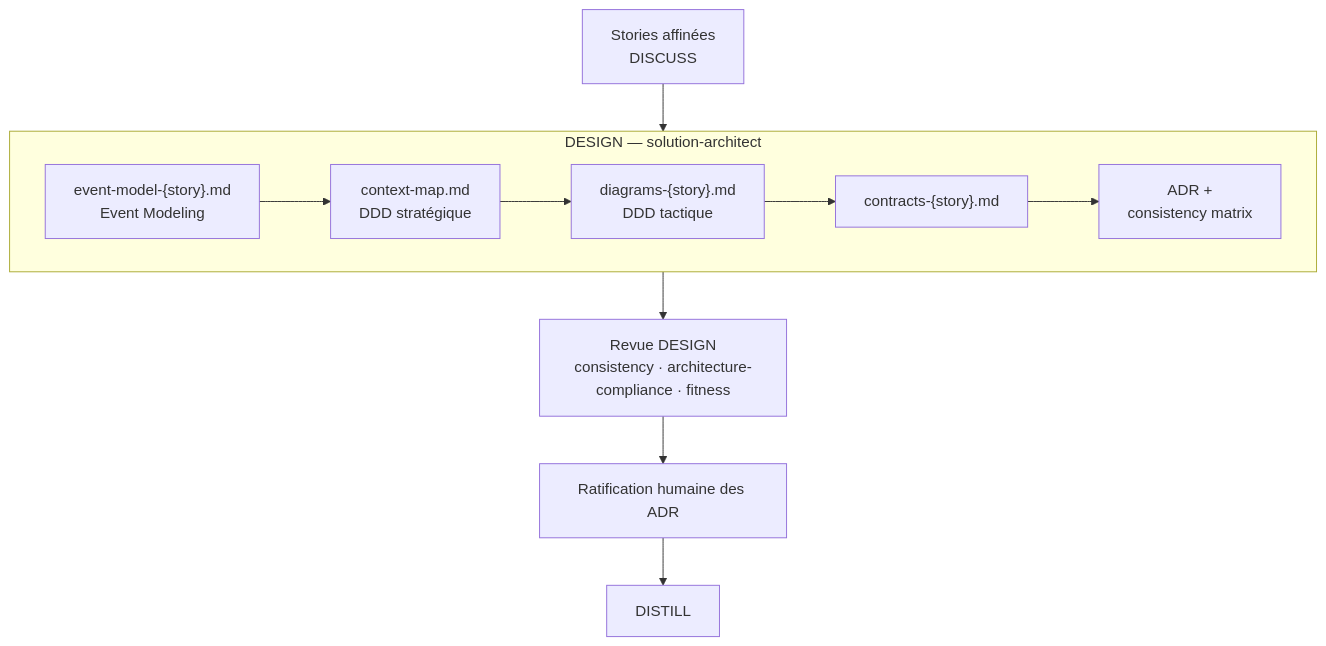
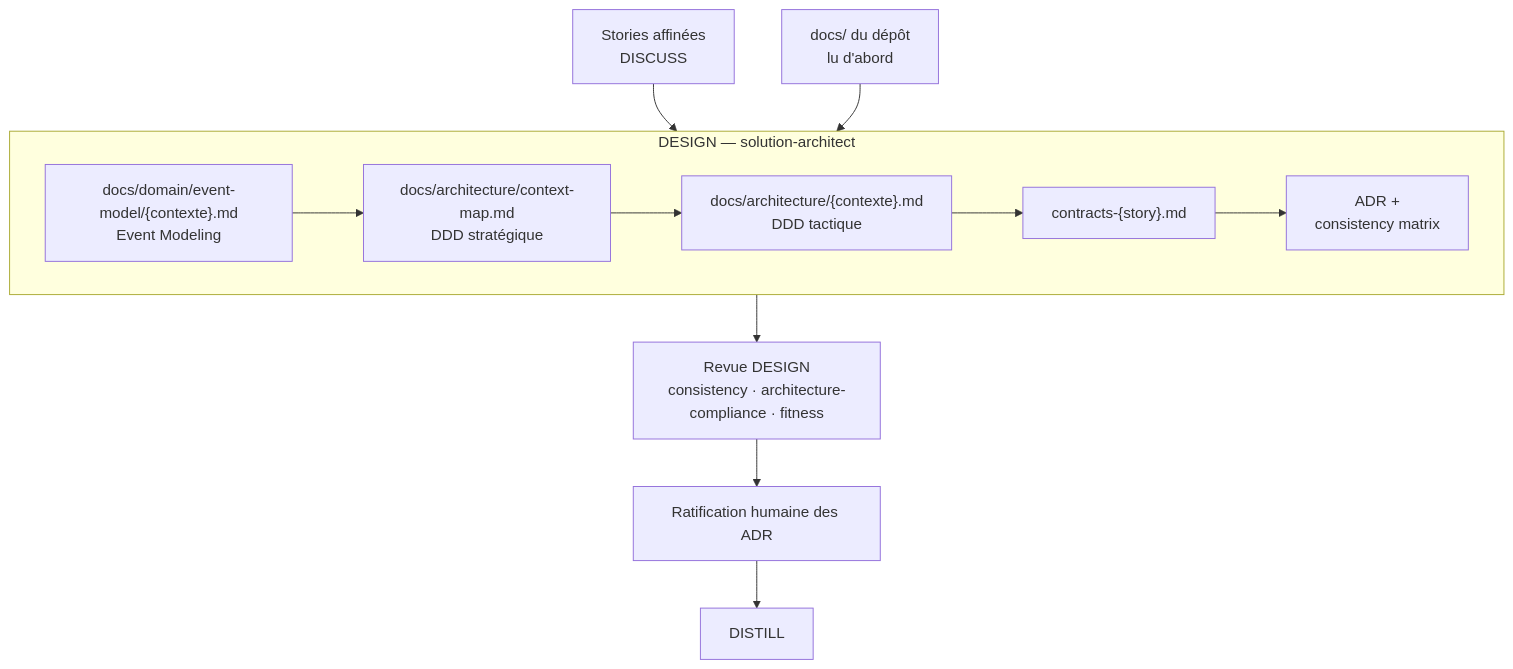
Before and after one commit to SebastienDegodez/skraft-plugin: the second of 2 diagrams in docs/site/fr/explanation/domain-driven-design.md, drawn with Mermaid. The commit also changed other lines of this file and 18 other files, not shown here.

````diff
--- a/docs/site/fr/explanation/domain-driven-design.md
+++ b/docs/site/fr/explanation/domain-driven-design.md
@@ -118,10 +119,11 @@
 ```mermaid
 flowchart TB
     S["Stories affinées<br/>DISCUSS"] --> SA
+    D["docs/ du dépôt<br/>lu d'abord"] --> SA
     subgraph SA["DESIGN — solution-architect"]
         direction LR
-        EM["event-model-{story}.md<br/>Event Modeling"] --> CM["context-map.md<br/>DDD stratégique"] --> TD["diagrams-{story}.md<br/>DDD tactique"] --> CT["contracts-{story}.md"] --> MX["ADR +<br/>consistency matrix"]
+        EM["docs/domain/event-model/{contexte}.md<br/>Event Modeling"] --> CM["docs/architecture/context-map.md<br/>DDD stratégique"] --> TD["docs/architecture/{contexte}.md<br/>DDD tactique"] --> CT["contracts-{story}.md"] --> MX["ADR +<br/>consistency matrix"]
     end
     SA --> RV["Revue DESIGN<br/>consistency · architecture-compliance · fitness"]
     RV --> H["Ratification humaine des ADR"] --> DI["DISTILL"]
 ```
````
